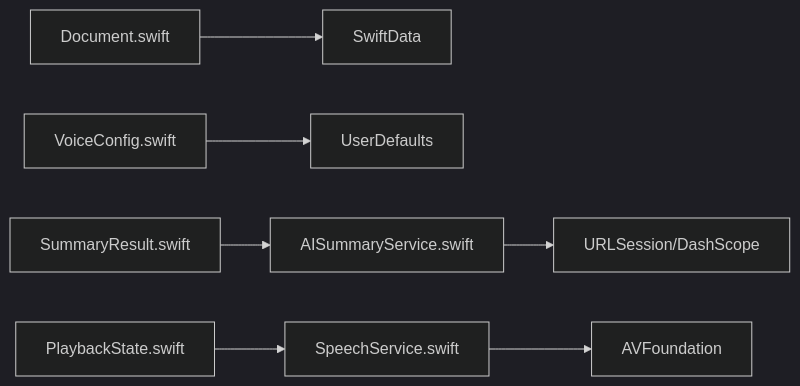
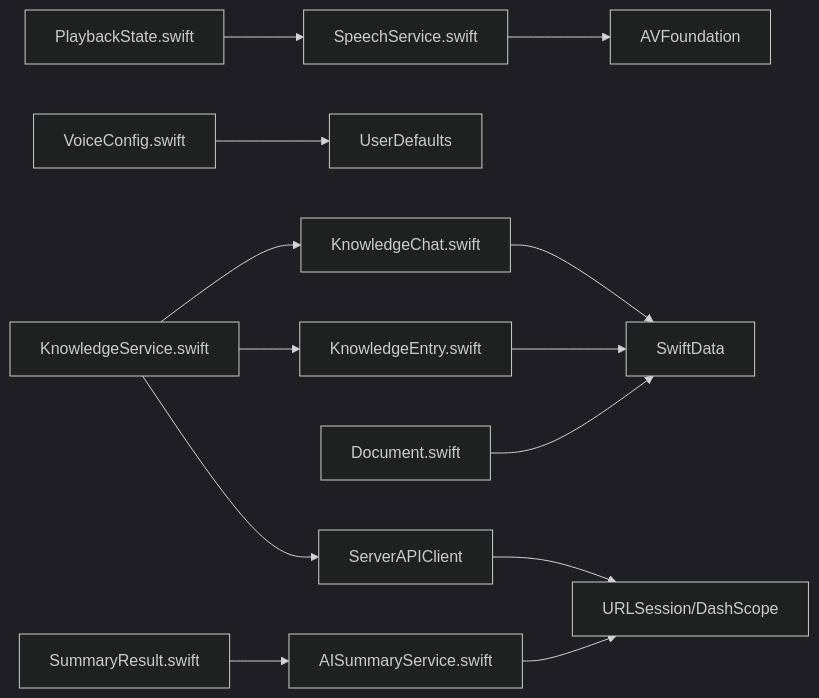
One commit to Primoguo/Knowledge changed the fifth of 5 diagrams in .qoder/repowiki/zh/content/架构设计/数据模型设计.md. Above: the diagram before and after it, drawn with Mermaid (dark theme). The commit also changed other lines of this file and 24 other files, not shown here.

````diff
--- a/.qoder/repowiki/zh/content/架构设计/数据模型设计.md
+++ b/.qoder/repowiki/zh/content/架构设计/数据模型设计.md
@@ -348,9 +485,15 @@
 ```mermaid
 graph LR
 Doc["Document.swift"] --> SD["SwiftData"]
 VC["VoiceConfig.swift"] --> UD["UserDefaults"]
 SR["SummaryResult.swift"] --> AIS["AISummaryService.swift"]
 AIS --> Net["URLSession/DashScope"]
 PS["PlaybackState.swift"] --> SS["SpeechService.swift"]
 SS --> AVF["AVFoundation"]
+KE["KnowledgeEntry.swift"] --> SD
+KC["KnowledgeChat.swift"] --> SD
+KS["KnowledgeService.swift"] --> KE
+KS --> KC
+KS --> SP["ServerAPIClient"]
+SP --> Net
 ```
````
